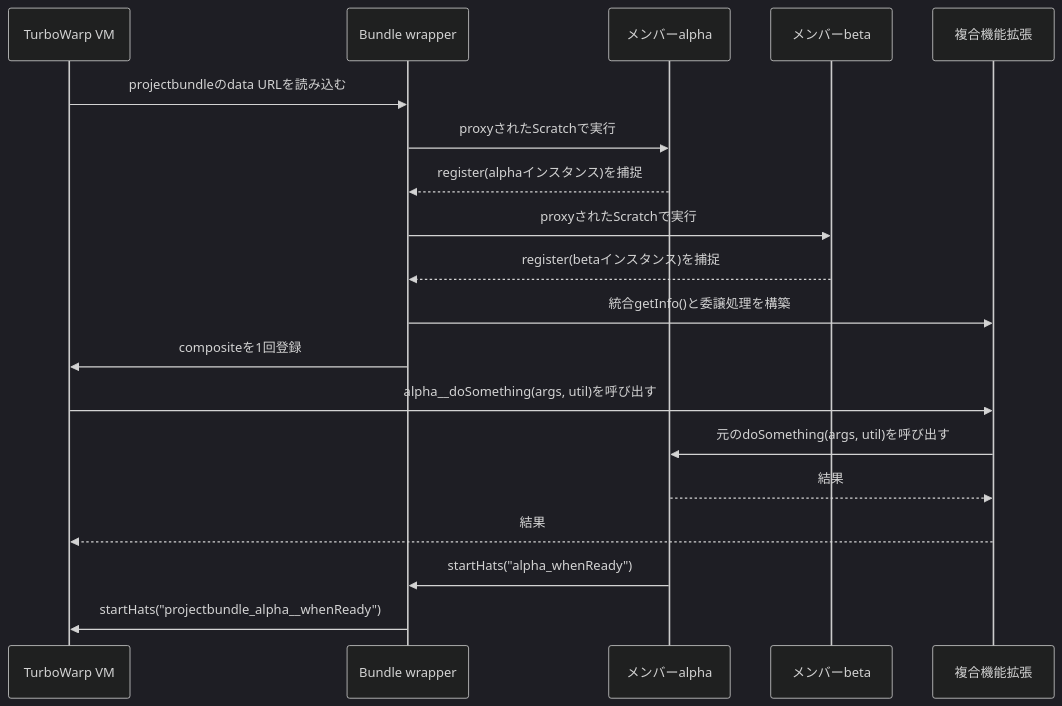
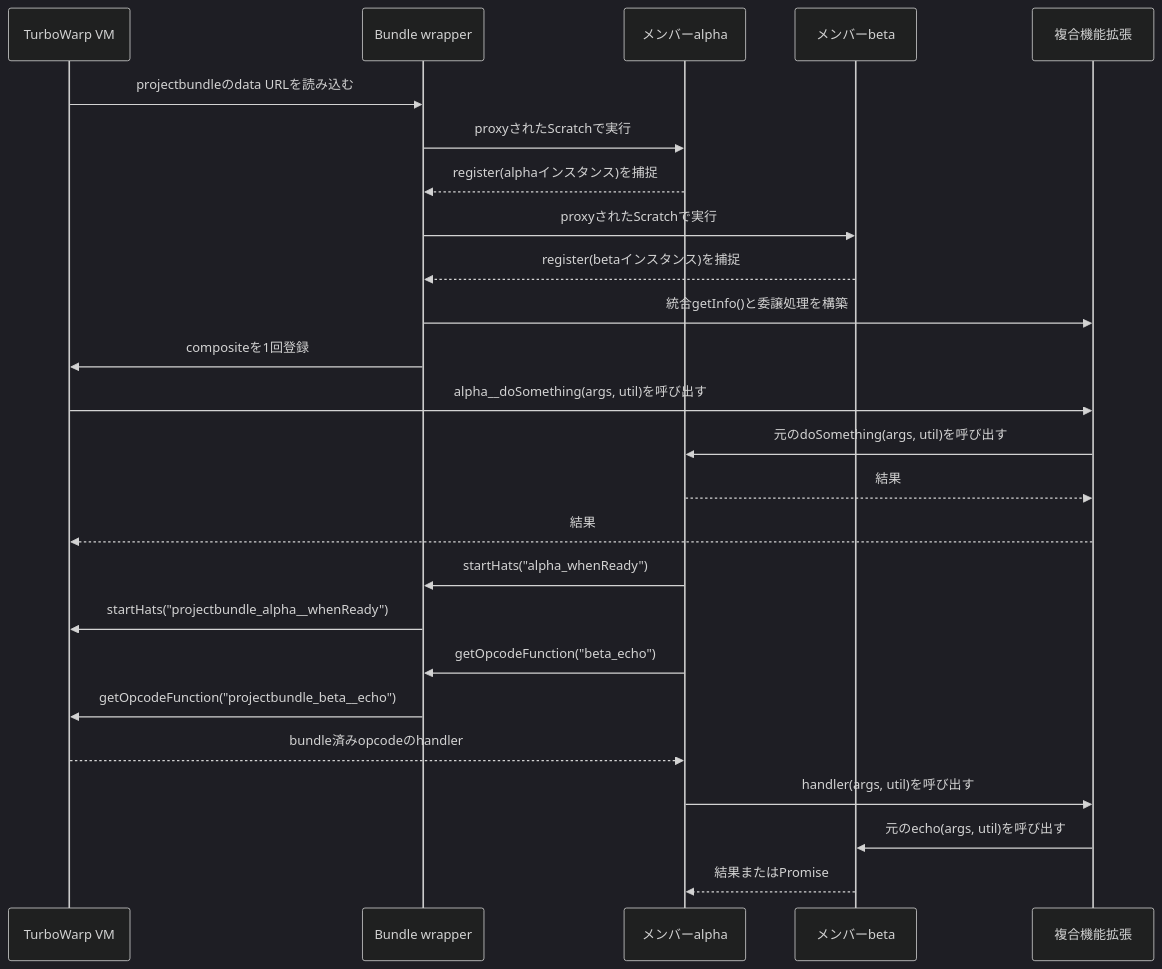
Before and after one commit to kubohiroya/sb3-toolchain: the fourth of 6 diagrams in docs/ja/extension-bundles.md, drawn with Mermaid (dark theme). The commit also changed other lines of this file and 3 other files, not shown here.

````diff
--- a/docs/ja/extension-bundles.md
+++ b/docs/ja/extension-bundles.md
@@ -156,24 +156,31 @@
 ```mermaid
 sequenceDiagram
   participant VM as TurboWarp VM
   participant W as Bundle wrapper
   participant A as メンバーalpha
   participant B as メンバーbeta
   participant C as 複合機能拡張
 
   VM->>W: projectbundleのdata URLを読み込む
   W->>A: proxyされたScratchで実行
   A-->>W: register(alphaインスタンス)を捕捉
   W->>B: proxyされたScratchで実行
   B-->>W: register(betaインスタンス)を捕捉
   W->>C: 統合getInfo()と委譲処理を構築
   W->>VM: compositeを1回登録
 
   VM->>C: alpha__doSomething(args, util)を呼び出す
   C->>A: 元のdoSomething(args, util)を呼び出す
   A-->>C: 結果
   C-->>VM: 結果
 
   A->>W: startHats("alpha_whenReady")
   W->>VM: startHats("projectbundle_alpha__whenReady")
+
+  A->>W: getOpcodeFunction("beta_echo")
+  W->>VM: getOpcodeFunction("projectbundle_beta__echo")
+  VM-->>A: bundle済みopcodeのhandler
+  A->>C: handler(args, util)を呼び出す
+  C->>B: 元のecho(args, util)を呼び出す
+  B-->>A: 結果またはPromise
 ```
````
